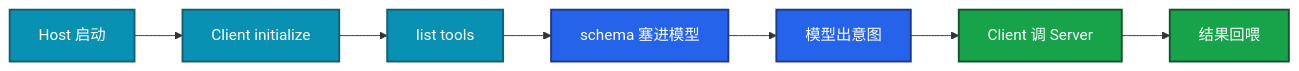
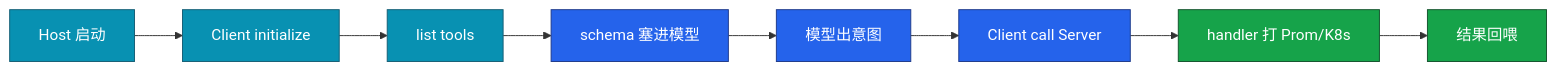
One commit to ml-cuizijun/LearnToLilith changed the second of 7 diagrams in 09-AI与智能运维/05-MCP协议/知识点.md. Above: the diagram before and after it, drawn with Mermaid. The commit also changed other lines of this file and 213 other files, not shown here.

````diff
--- a/09-AI与智能运维/05-MCP协议/知识点.md
+++ b/09-AI与智能运维/05-MCP协议/知识点.md
@@ -130,16 +95,14 @@
 ```mermaid
 flowchart LR
-    A[Host 启动] --> B[Client initialize]
-    B --> C[list tools]
-    C --> D[schema 塞进模型]
-    D --> E[模型出意图]
-    E --> F[Client 调 Server]
-    F --> G[结果回喂]
+    classDef a fill:#0891B2,stroke:#155E75,color:#fff
+    classDef b fill:#2563EB,stroke:#1E3A8A,color:#fff
+    classDef c fill:#16A34A,stroke:#14532D,color:#fff
 
-    classDef a fill:#0891B2,stroke:#155E75,stroke-width:2px,color:#fff
-    classDef b fill:#2563EB,stroke:#1E3A8A,stroke-width:2px,color:#fff
-    classDef c fill:#16A34A,stroke:#14532D,stroke-width:2px,color:#fff
-    class A,B,C a
-    class D,E b
-    class F,G c
+    A[Host 启动]:::a --> B[Client initialize]:::a
+    B --> C[list tools]:::a
+    C --> D[schema 塞进模型]:::b
+    D --> E[模型出意图]:::b
+    E --> F[Client call Server]:::b
+    F --> G[handler 打 Prom/K8s]:::c
+    G --> H[结果回喂]:::c
 ```
````
